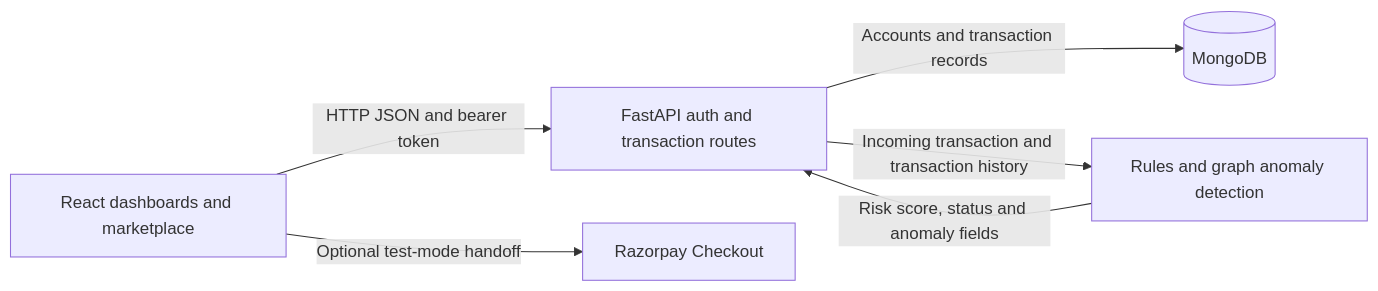
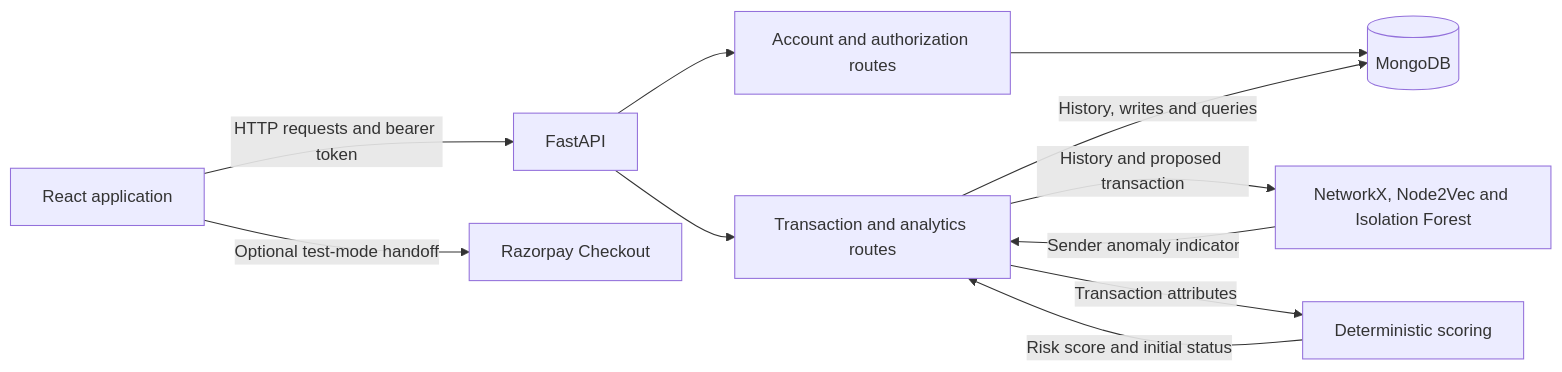
Before and after one commit to cobraroot404-a11y/fraudshield: the first of 2 diagrams in README.md, drawn with Mermaid. The commit also changed other lines of this file, not shown here.

````diff
--- a/README.md
+++ b/README.md
@@ -38,8 +56,13 @@
 ```mermaid
 flowchart LR
-    UI["React dashboards and marketplace"] -->|"HTTP JSON and bearer token"| API["FastAPI auth and transaction routes"]
-    API -->|"Accounts and transaction records"| DB[("MongoDB")]
-    API -->|"Incoming transaction and transaction history"| RISK["Rules and graph anomaly detection"]
-    RISK -->|"Risk score, status and anomaly fields"| API
+    UI["React application"] -->|"HTTP requests and bearer token"| API["FastAPI"]
+    API --> AUTH["Account and authorization routes"]
+    API --> TX["Transaction and analytics routes"]
+    AUTH --> DB[("MongoDB")]
+    TX -->|"History, writes and queries"| DB
+    TX -->|"History and proposed transaction"| GRAPH["NetworkX, Node2Vec and Isolation Forest"]
+    TX -->|"Transaction attributes"| RULES["Deterministic scoring"]
+    GRAPH -->|"Sender anomaly indicator"| TX
+    RULES -->|"Risk score and initial status"| TX
     UI -->|"Optional test-mode handoff"| PAY["Razorpay Checkout"]
 ```
````
